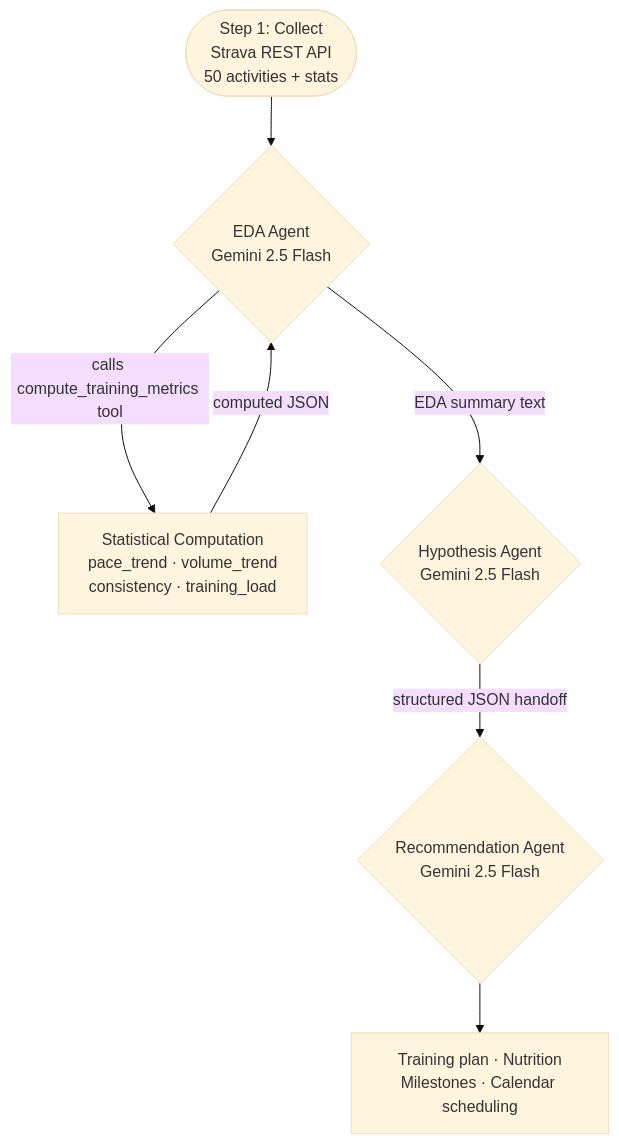
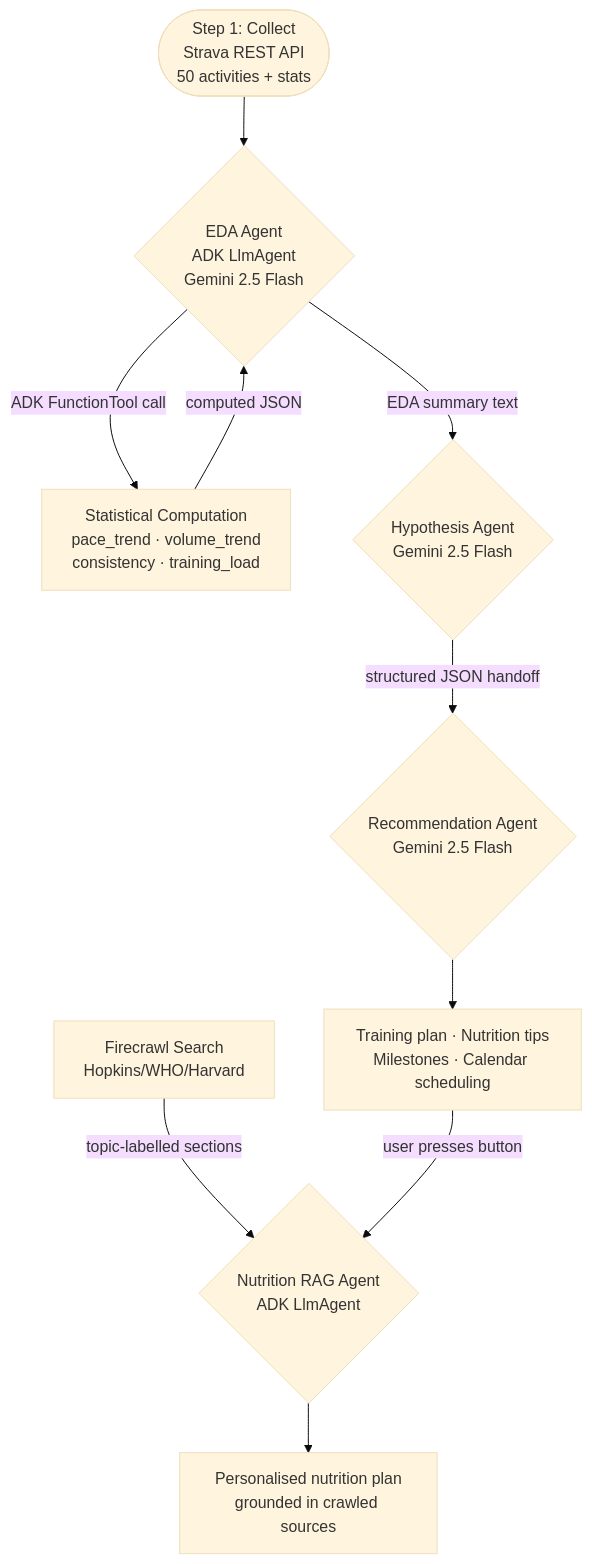
The second of 5 diagrams in README.md (bhuvighosh3/HealthAnalyser), drawn with Mermaid (base theme) before and after one commit. The commit also changed other lines of this file, not shown here.

Commit message:
docs: update README with ADK architecture, Nutrition RAG pipeline, and Firecrawl setup

````diff
--- a/README.md
+++ b/README.md
@@ -78,15 +80,20 @@
 ```mermaid
 flowchart TD
     COLLECT([Step 1: Collect\nStrava REST API\n50 activities + stats]) --> EDA
 
-    EDA{EDA Agent\nGemini 2.5 Flash}
-    EDA -->|calls compute_training_metrics tool| TOOL[Statistical Computation\npace_trend · volume_trend\nconsistency · training_load]
+    EDA{EDA Agent\nADK LlmAgent\nGemini 2.5 Flash}
+    EDA -->|ADK FunctionTool call| TOOL[Statistical Computation\npace_trend · volume_trend\nconsistency · training_load]
     TOOL -->|computed JSON| EDA
     EDA -->|EDA summary text| HYP
 
     HYP{Hypothesis Agent\nGemini 2.5 Flash}
     HYP -->|structured JSON handoff| REC
 
     REC{Recommendation Agent\nGemini 2.5 Flash}
-    REC --> OUT[Training plan · Nutrition\nMilestones · Calendar scheduling]
+    REC --> OUT[Training plan · Nutrition tips\nMilestones · Calendar scheduling]
+
+    NUT{Nutrition RAG Agent\nADK LlmAgent}
+    Firecrawl[Firecrawl Search\nHopkins/WHO/Harvard] -->|topic-labelled sections| NUT
+    OUT -->|user presses button| NUT
+    NUT --> NUTOUT[Personalised nutrition plan\ngrounded in crawled sources]
 ```
````
